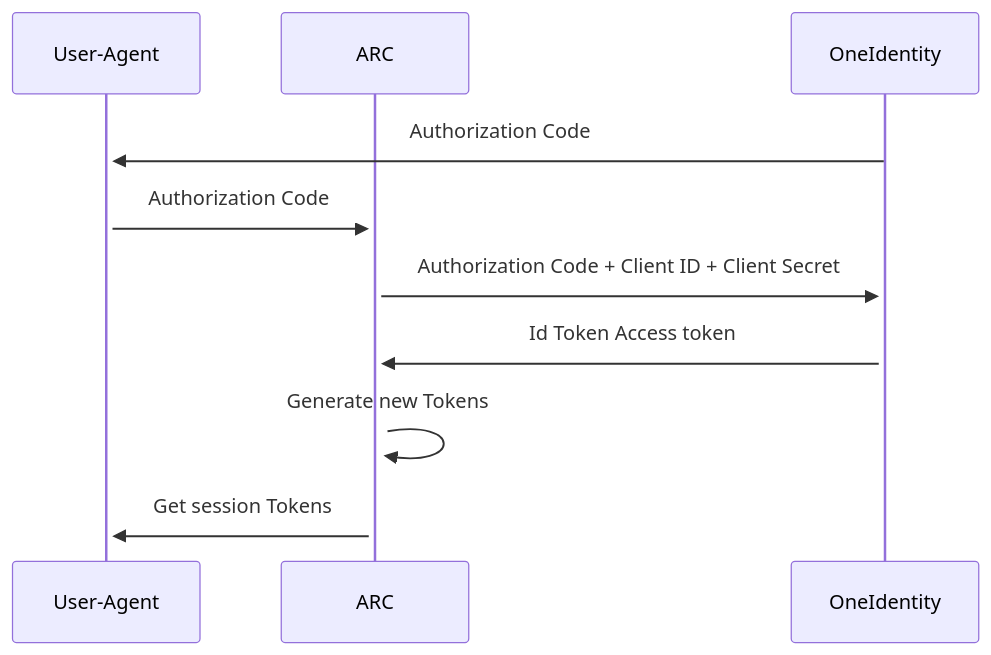
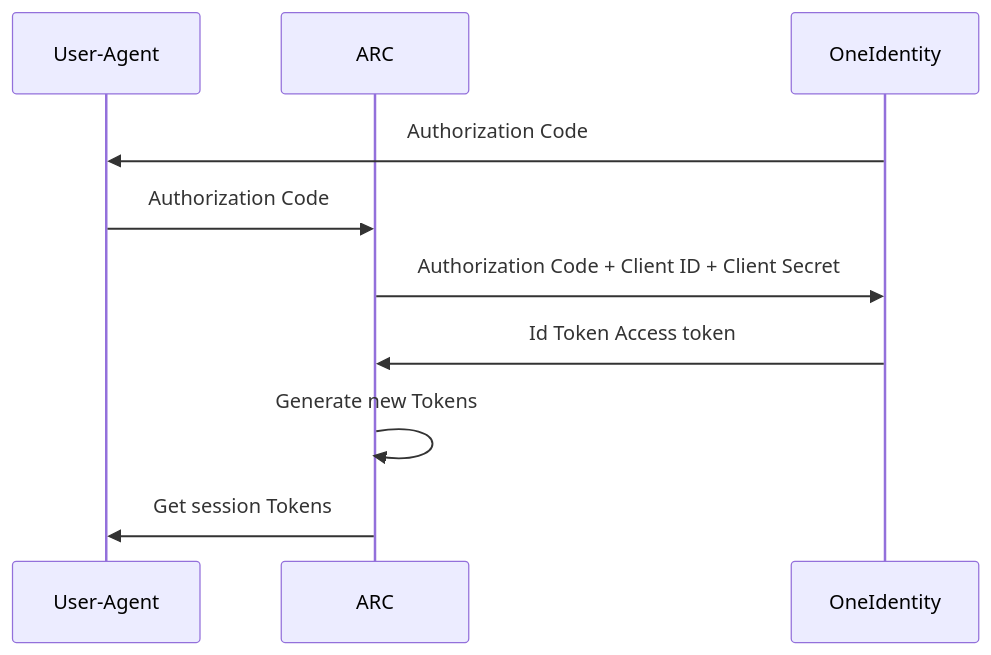
Before and after one commit to pagopa/p4pa-doc: the diagram in design/arc/oneidentity-integration/sequnce_diagram_token.mmd, drawn with Mermaid. The commit also changed 4 other files, not shown here.

Commit message:
P4PU-171 updated sequence and removed activate sign

```diff
--- a/design/arc/oneidentity-integration/sequnce_diagram_token.mmd
+++ b/design/arc/oneidentity-integration/sequnce_diagram_token.mmd
@@ -1,12 +1,12 @@
 sequenceDiagram
 
     participant User-Agent
     participant ARC
     participant OneIdentity
 
-    OneIdentity ->>+ User-Agent: Authorization Code
-    User-Agent ->>+ ARC: Authorization Code
-    ARC ->>+ OneIdentity: Authorization Code + Client ID + Client Secret
-    OneIdentity ->>+ ARC: Id Token Access token
+    OneIdentity ->> User-Agent: Authorization Code
+    User-Agent ->> ARC: Authorization Code
+    ARC ->> OneIdentity: Authorization Code + Client ID + Client Secret
+    OneIdentity ->> ARC: Id Token Access token
     ARC ->> ARC: Generate new Tokens
-    ARC ->>+ User-Agent: Get session Tokens
+    ARC ->> User-Agent: Get session Tokens
```
